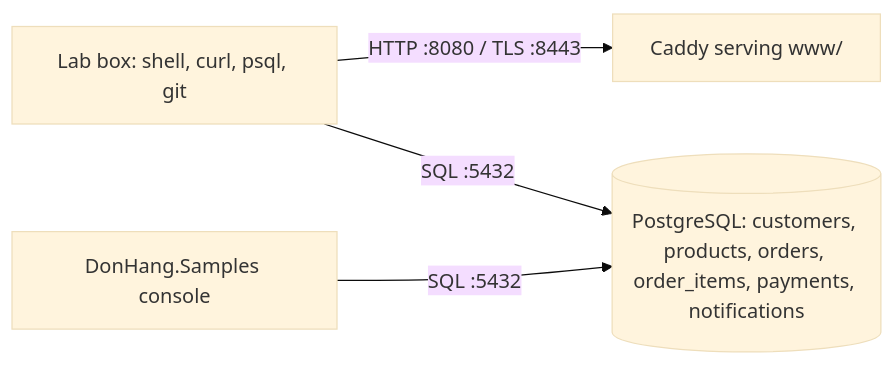
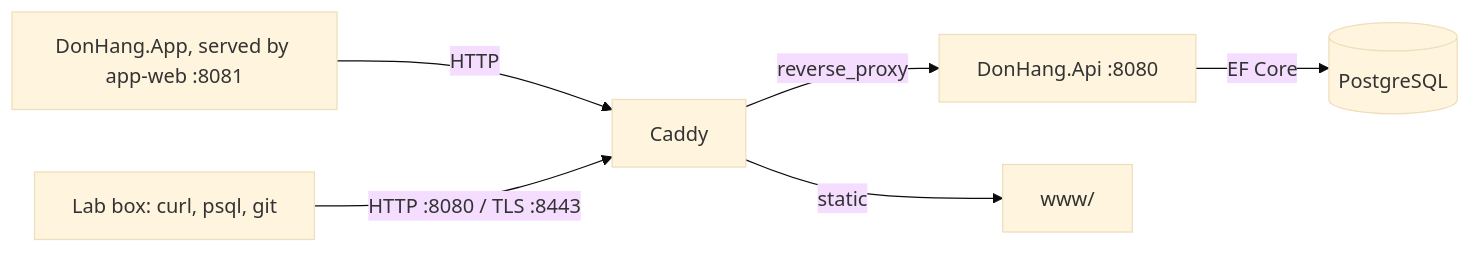
The diagram in STAGE.md (duyan11110/don-hang), drawn with Mermaid (base theme) before and after one commit. The commit also changed other lines of this file and 35 other files, not shown here.

````diff
--- a/STAGE.md
+++ b/STAGE.md
@@ -33,6 +41,8 @@
 ```mermaid
 flowchart LR
-  L[Lab box: shell, curl, psql, git] -->|HTTP :8080 / TLS :8443| C[Caddy serving www/]
-  L -->|SQL :5432| P[(PostgreSQL: customers, products, orders, order_items, payments, notifications)]
-  S[DonHang.Samples console] -->|SQL :5432| P
+  A[DonHang.App, served by app-web :8081] -->|HTTP| C
+  L[Lab box: curl, psql, git] -->|HTTP :8080 / TLS :8443| C[Caddy]
+  C -->|reverse_proxy| API[DonHang.Api :8080]
+  API -->|EF Core| P[(PostgreSQL)]
+  C -->|static| W[www/]
 ```
````
